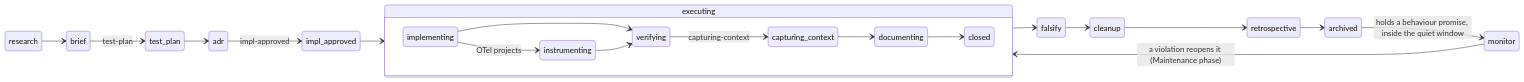
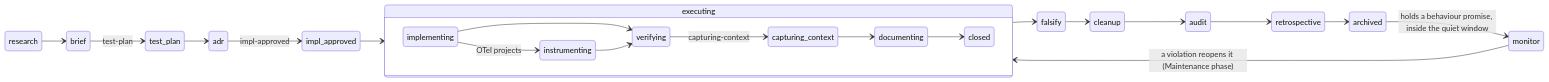
The second of 3 diagrams in apps/docs/src/guide/plan-lifecycle.md (infinitedusky/indusk), drawn with Mermaid before and after one commit. The commit also changed other lines of this file and 7 other files, not shown here.

Commit message:
docs(audit): reference page, lifecycle diagram, changelog, current.md; A9 live check recorded (haiku honoured); A9 passing

````diff
--- a/apps/docs/src/guide/plan-lifecycle.md
+++ b/apps/docs/src/guide/plan-lifecycle.md
@@ -93,24 +93,25 @@
 ```mermaid
 stateDiagram-v2
     direction LR
     research --> brief
     brief --> test_plan: test-plan
     test_plan --> adr
     adr --> impl_approved: impl-approved
     impl_approved --> executing
     executing --> falsify
     falsify --> cleanup
-    cleanup --> retrospective
+    cleanup --> audit
+    audit --> retrospective
     retrospective --> archived
     archived --> monitor: holds a behaviour promise, inside the quiet window
     monitor --> executing: a violation reopens it (Maintenance phase)
     state executing {
         direction LR
         implementing --> verifying
         implementing --> instrumenting: OTel projects
         instrumenting --> verifying
         verifying --> capturing_context: capturing-context
         capturing_context --> documenting
         documenting --> closed
     }
 ```
````
